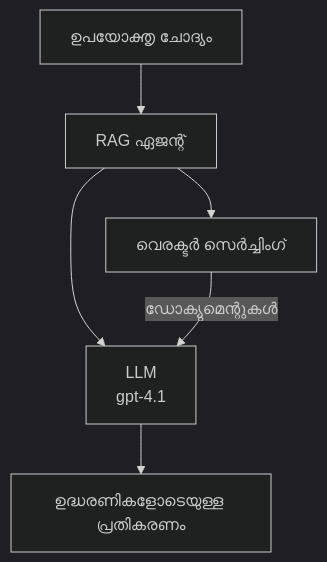
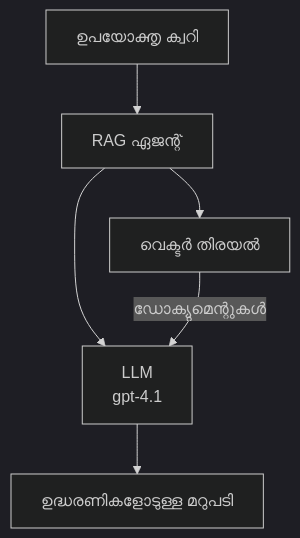
The second of 3 diagrams in translations/ml/docs/chapter-02-ai-development/agents.md (microsoft/AZD-for-beginners), drawn with Mermaid (dark theme) before and after one commit. The commit also changed other lines of this file and 104 other files, not shown here.

````diff
--- a/translations/ml/docs/chapter-02-ai-development/agents.md
+++ b/translations/ml/docs/chapter-02-ai-development/agents.md
@@ -175,8 +181,8 @@
 ```mermaid
 graph TD
-    Query[ഉപയോക്തൃ ചോദ്യം] --> RAG[RAG ഏജന്റ്]
-    RAG --> Vector[വെരക്ടർ സെർച്ചിംഗ്]
+    Query[ഉപയോക്തൃ ക്വറി] --> RAG[RAG ഏജന്റ്]
+    RAG --> Vector[വെക്ടർ തിരയൽ]
     RAG --> LLM[LLM<br/>gpt-4.1]
     Vector -- ഡോക്യുമെന്റുകൾ --> LLM
-    LLM --> Response[ഉദ്ധരണികളോടെയുള്ള പ്രതികരണം]
+    LLM --> Response[ഉദ്ധരണികളോടുള്ള മറുപടി]
 ```
````
